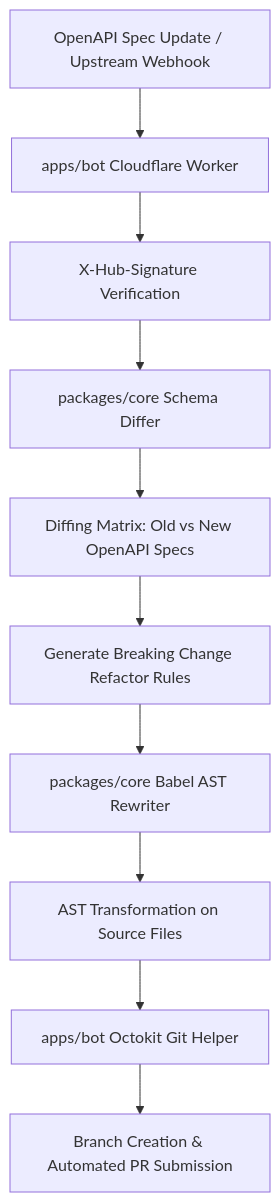
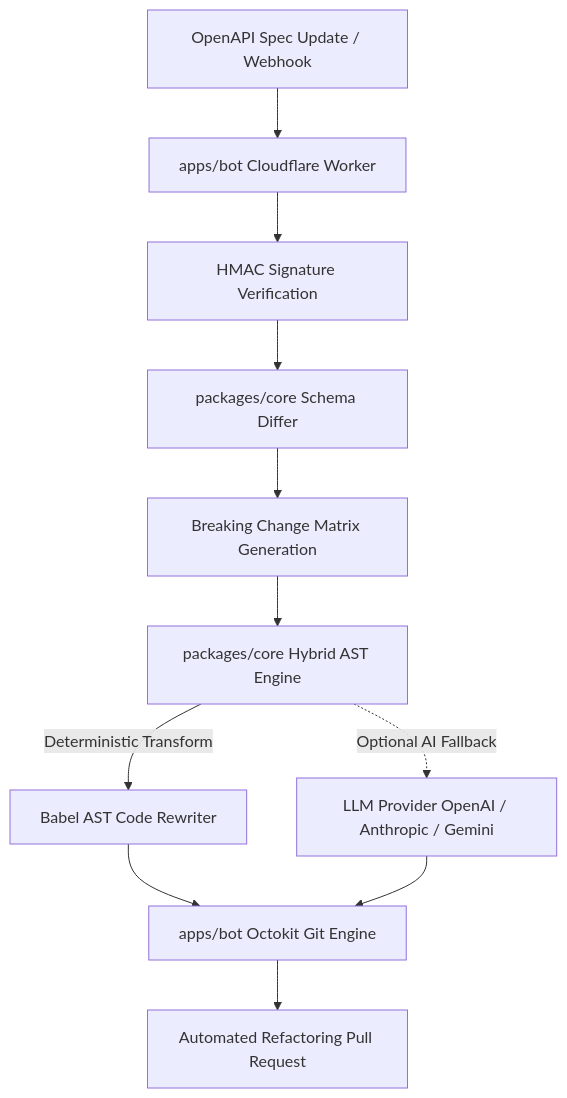
Before and after one commit to TurboRx/APIShift-Bot: the diagram in README.md, drawn with Mermaid. The commit also changed other lines of this file and 4 other files, not shown here.

Commit message:
feat: reframe project to Enterprise API Auto-Migration Engine with Hybrid AI

````diff
--- a/README.md
+++ b/README.md
@@ -17,12 +21,13 @@
 ```mermaid
 graph TD
-    A[OpenAPI Spec Update / Upstream Webhook] --> B[apps/bot Cloudflare Worker]
-    B --> C[X-Hub-Signature Verification]
+    A[OpenAPI Spec Update / Webhook] --> B[apps/bot Cloudflare Worker]
+    B --> C[HMAC Signature Verification]
     C --> D[packages/core Schema Differ]
-    D --> E[Diffing Matrix: Old vs New OpenAPI Specs]
-    E --> F[Generate Breaking Change Refactor Rules]
-    F --> G[packages/core Babel AST Rewriter]
-    G --> H[AST Transformation on Source Files]
-    H --> I[apps/bot Octokit Git Helper]
-    I --> J[Branch Creation & Automated PR Submission]
+    D --> E[Breaking Change Matrix Generation]
+    E --> F[packages/core Hybrid AST Engine]
+    F -->|Deterministic Transform| G[Babel AST Code Rewriter]
+    F -.->|Optional AI Fallback| H[LLM Provider OpenAI / Anthropic / Gemini]
+    G --> I[apps/bot Octokit Git Engine]
+    H --> I
+    I --> J[Automated Refactoring Pull Request]
 ```
````
